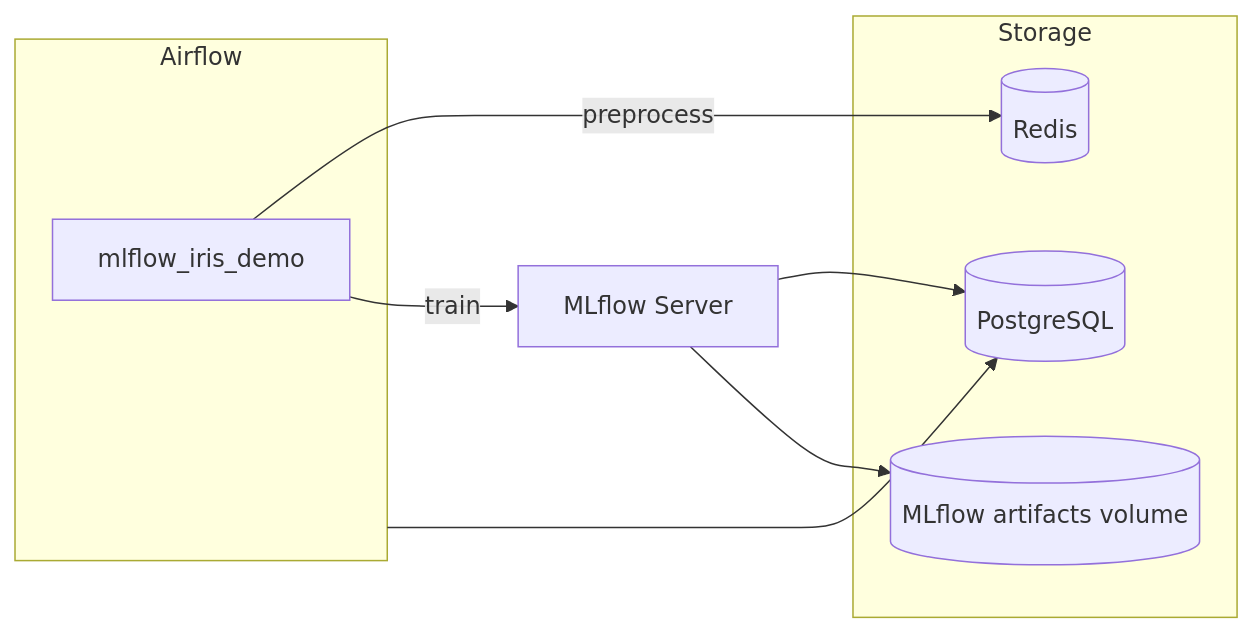
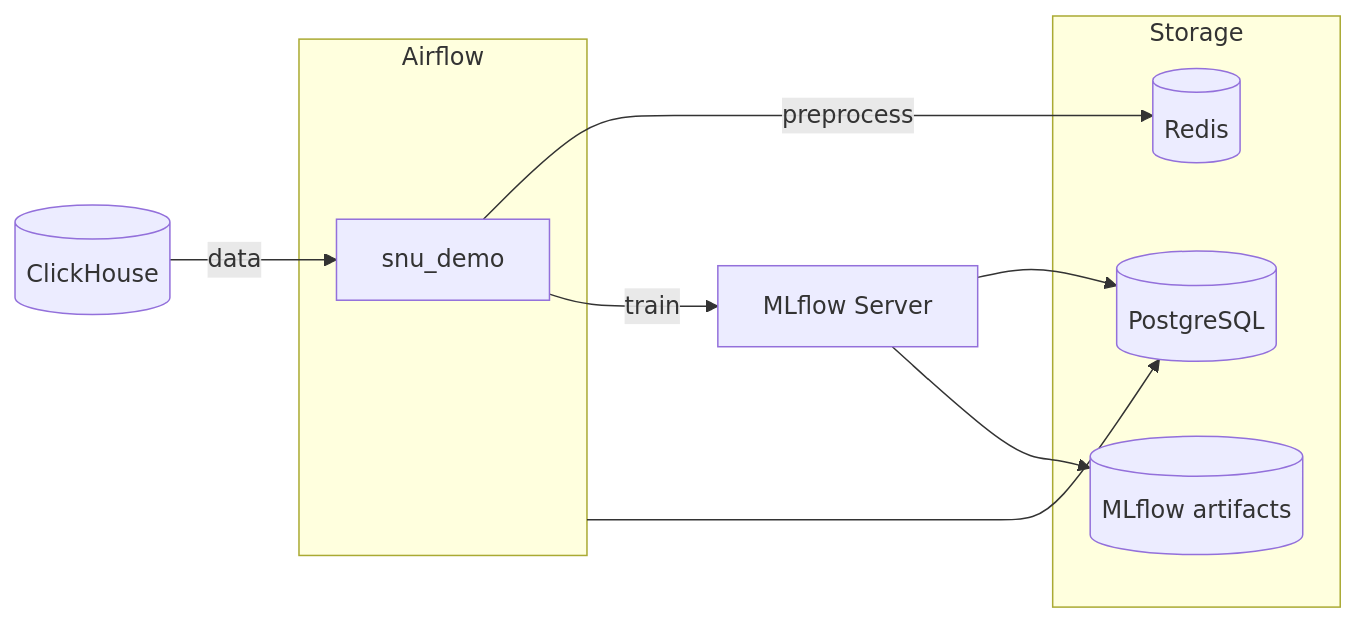
The diagram in README.md (mishafoniakov/test_mlops_mlflow), drawn with Mermaid before and after one commit. The commit also changed other lines of this file and 12 other files, not shown here.

````diff
--- a/README.md
+++ b/README.md
@@ -9,20 +9,22 @@
 ```mermaid
 flowchart LR
+    CH[(ClickHouse)]
     subgraph Airflow
-        DAG[mlflow_iris_demo]
+        DAG[snu_demo]
     end
 
     subgraph Storage
         PG[(PostgreSQL)]
         Redis[(Redis)]
-        Artifacts[(MLflow artifacts volume)]
+        Artifacts[(MLflow artifacts)]
     end
 
     MLflow[MLflow Server]
 
+    CH -->|data| DAG
     DAG -->|preprocess| Redis
     DAG -->|train| MLflow
     MLflow --> PG
     MLflow --> Artifacts
     Airflow --> PG
 ```
````
